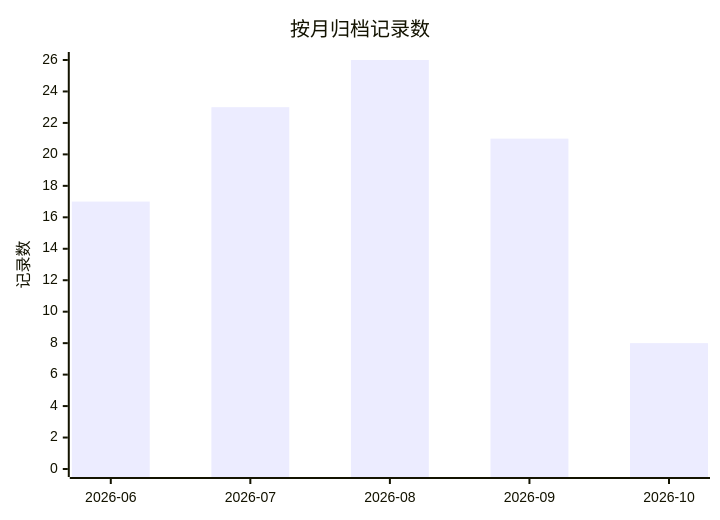
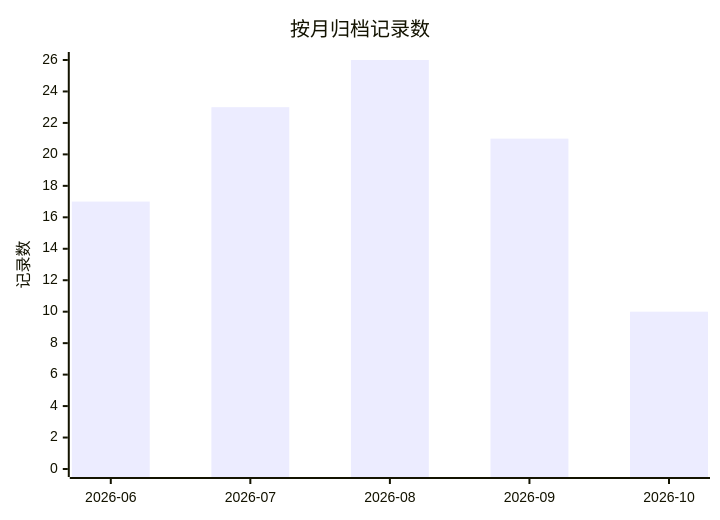
Before and after one commit to golddream-y/obsidian-ratel: the first of 2 diagrams in docs/superpowers/ARCHIVE.md, drawn with Mermaid. The commit also changed other lines of this file and 15 other files, not shown here.

````diff
--- a/docs/superpowers/ARCHIVE.md
+++ b/docs/superpowers/ARCHIVE.md
@@ -14,7 +14,7 @@
 ```mermaid
 xychart-beta
     title "按月归档记录数"
     x-axis ["2026-06", "2026-07", "2026-08", "2026-09", "2026-10"]
     y-axis "记录数" 0 --> 26
-    bar [17, 23, 26, 21, 8]
+    bar [17, 23, 26, 21, 10]
 ```
````
